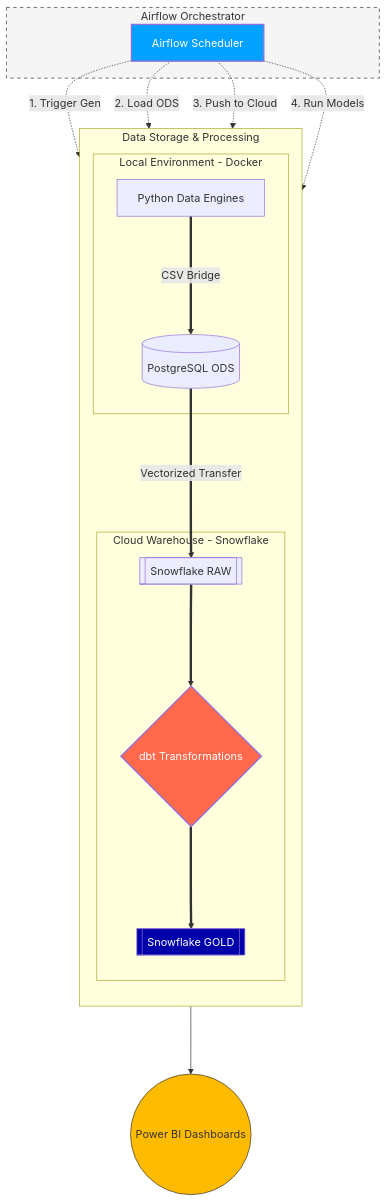
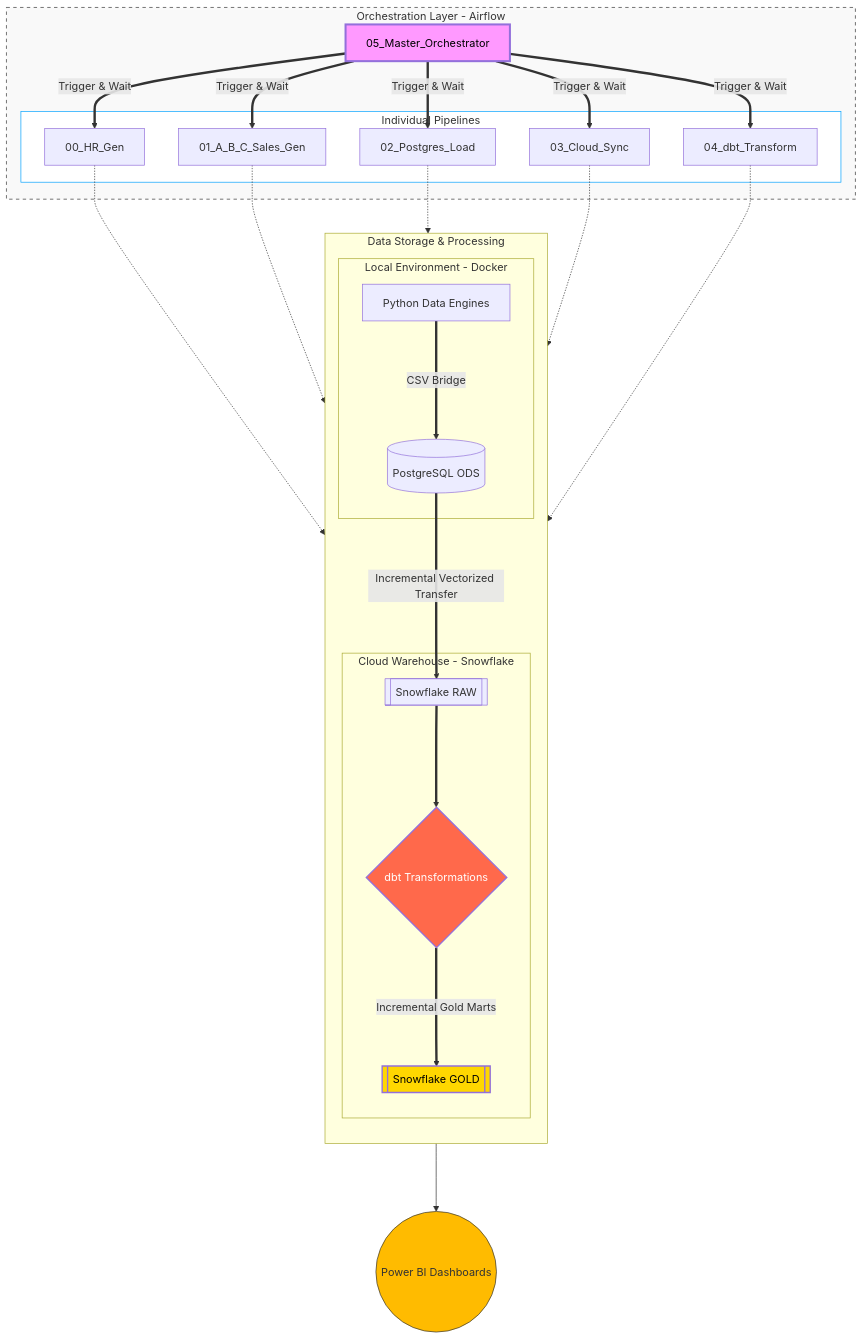
The diagram in documentation/Data Pipeline for Sales 4.0.mmd (ZayKein/alfa_projekt_stream), drawn with Mermaid before and after one commit. The commit also changed 47 other files, not shown here.

Commit message:
🚀 RELEASE v4.5: Master Orchestrator, dbt Gold Layer & Full Documentation

```diff
--- a/documentation/Data Pipeline for Sales 4.0.mmd
+++ b/documentation/Data Pipeline for Sales 4.0.mmd
@@ -1,42 +1,59 @@
 graph TD
-    %% Airflow jako dirigent
-    subgraph Control_Plane [Airflow Orchestrator]
-        AF[Airflow Scheduler]
+    %% Airflow jako centrální mozek
+    subgraph Control_Plane [Orchestration Layer - Airflow]
+        MD[05_Master_Orchestrator]
+        
+        subgraph Pipelines [Individual Pipelines]
+            P0[00_HR_Gen]
+            P1[01_A_B_C_Sales_Gen]
+            P2[02_Postgres_Load]
+            P3[03_Cloud_Sync]
+            P4[04_dbt_Transform]
+        end
     end
 
     %% Datové vrstvy
     subgraph Storage_Layer [Data Storage & Processing]
         direction TB
         subgraph Local [Local Environment - Docker]
             PE[Python Data Engines]
             PG[(PostgreSQL ODS)]
         end
 
         subgraph Cloud [Cloud Warehouse - Snowflake]
             SFR[[Snowflake RAW]]
             DBT{dbt Transformations}
             SFG[[Snowflake GOLD]]
         end
     end
 
-    %% Řídící toky (Airflow dává příkazy)
-    AF -.->|1. Trigger Gen| PE
-    AF -.->|2. Load ODS| PG
-    AF -.->|3. Push to Cloud| SFR
-    AF -.->|4. Run Models| DBT
+    %% Řídící toky (Master dává povely pipeline)
+    MD ==>|Trigger & Wait| P0
+    MD ==>|Trigger & Wait| P1
+    MD ==>|Trigger & Wait| P2
+    MD ==>|Trigger & Wait| P3
+    MD ==>|Trigger & Wait| P4
 
-    %% Datové toky
+    %% Propojení Pipeline s technologií
+    P0 -.-> PE
+    P1 -.-> PE
+    P2 -.-> PG
+    P3 -.-> SFR
+    P4 -.-> DBT
+
+    %% Datové toky (Kudy tečou data)
     PE ===>|CSV Bridge| PG
-    PG ===>|Vectorized Transfer| SFR
+    PG ===>|Incremental Vectorized Transfer| SFR
     SFR ===> DBT
-    DBT ===> SFG
+    DBT ===>|Incremental Gold Marts| SFG
 
     %% Výstup
     SFG ---> PBI((Power BI Dashboards))
 
     %% Stylování
-    style Control_Plane fill:#f5f5f5,stroke:#333,stroke-dasharray: 5 5
-    style AF fill:#00a1ff,color:#fff,stroke-width:2px
+    style Control_Plane fill:#f9f9f9,stroke:#333,stroke-dasharray: 5 5
+    style MD fill:#f9f,color:#000,stroke-width:3px
+    style Pipelines fill:#fff,stroke:#00a1ff
     style DBT fill:#ff694b,color:#fff,stroke-width:2px
-    style SFG fill:#00a,color:#fff
+    style SFG fill:#ffd700,color:#000,stroke-width:2px
     style PBI fill:#fb0,stroke:#333
```
